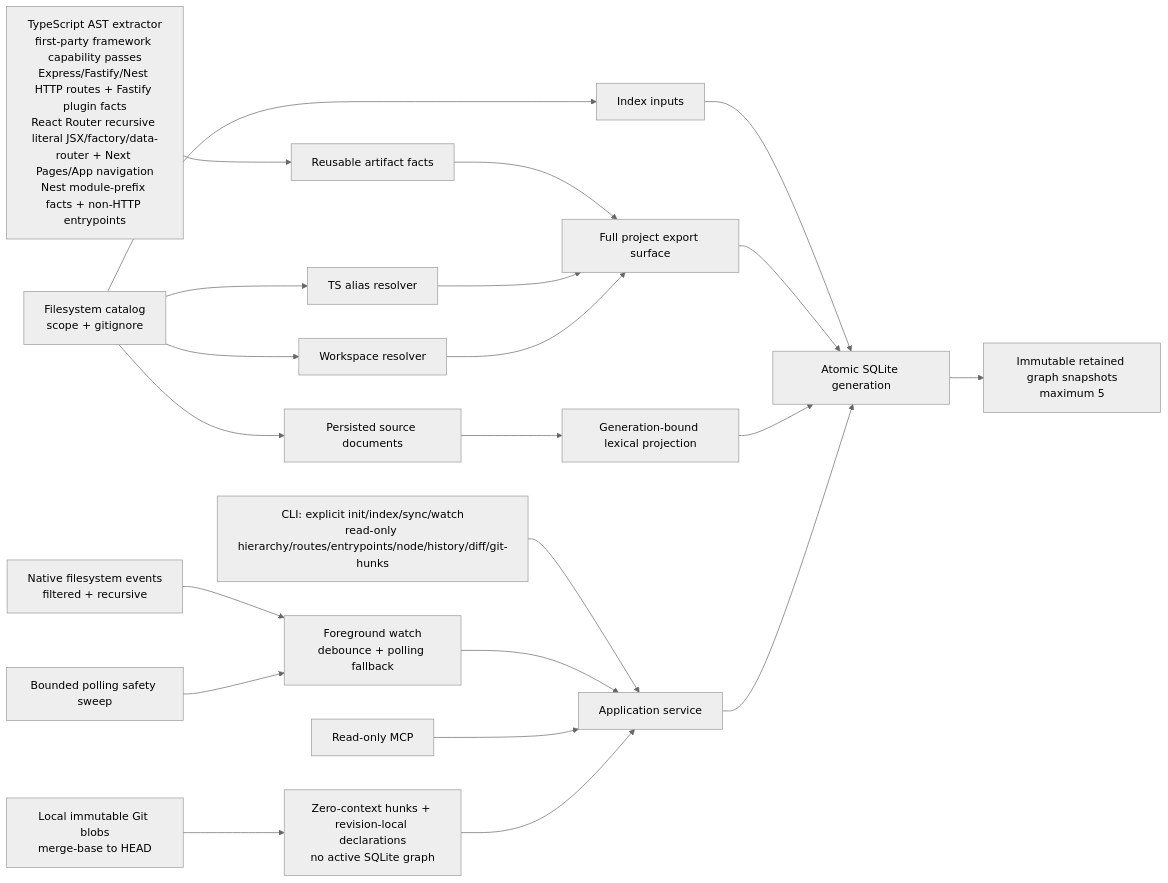
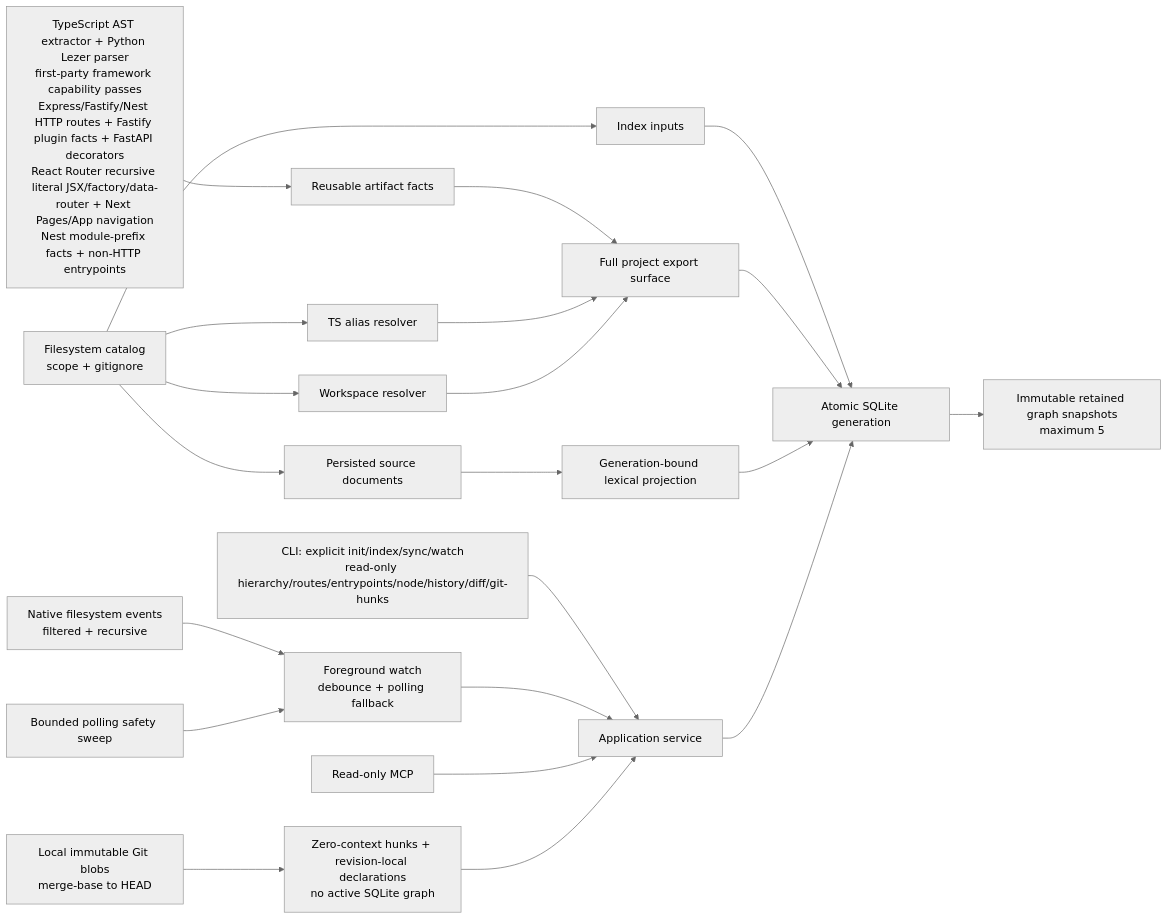
Before and after one commit to HsinPu/SymbolLattice: the diagram in README.md, drawn with Mermaid (neutral theme). The commit also changed other lines of this file and 22 other files, not shown here.

````diff
--- a/README.md
+++ b/README.md
@@ -893,23 +922,23 @@
 ```mermaid
 flowchart LR
   CLI["CLI: explicit init/index/sync/watch\nread-only hierarchy/routes/entrypoints/node/history/diff/git-hunks"] --> App["Application service"]
   Native["Native filesystem events\nfiltered + recursive"] --> Watch["Foreground watch\ndebounce + polling fallback"]
   Timer["Bounded polling safety sweep"] --> Watch
   Watch --> App
   MCP["Read-only MCP"] --> App
   Git["Local immutable Git blobs\nmerge-base to HEAD"] --> GitHunks["Zero-context hunks + revision-local declarations\nno active SQLite graph"] --> App
   Catalog["Filesystem catalog\nscope + gitignore"] --> Inputs["Index inputs"]
   Catalog --> TS["TS alias resolver"]
   Catalog --> WS["Workspace resolver"]
-  Extractor["TypeScript AST extractor\nfirst-party framework capability passes\nExpress/Fastify/Nest HTTP routes + Fastify plugin facts\nReact Router recursive literal JSX/factory/data-router + Next Pages/App navigation\nNest module-prefix facts + non-HTTP entrypoints"] --> Facts["Reusable artifact facts"]
+  Extractor["TypeScript AST extractor + Python Lezer parser\nfirst-party framework capability passes\nExpress/Fastify/Nest HTTP routes + Fastify plugin facts + FastAPI decorators\nReact Router recursive literal JSX/factory/data-router + Next Pages/App navigation\nNest module-prefix facts + non-HTTP entrypoints"] --> Facts["Reusable artifact facts"]
   Catalog --> SourceDocs["Persisted source documents"]
   SourceDocs --> Retrieval["Generation-bound lexical projection"]
   Facts --> Resolver["Full project export surface"]
   TS --> Resolver
   WS --> Resolver
   Inputs --> SQLite["Atomic SQLite generation"]
   Resolver --> SQLite
   Retrieval --> SQLite
   SQLite --> Retained["Immutable retained graph snapshots\nmaximum 5"]
   App --> SQLite
 ```
````
